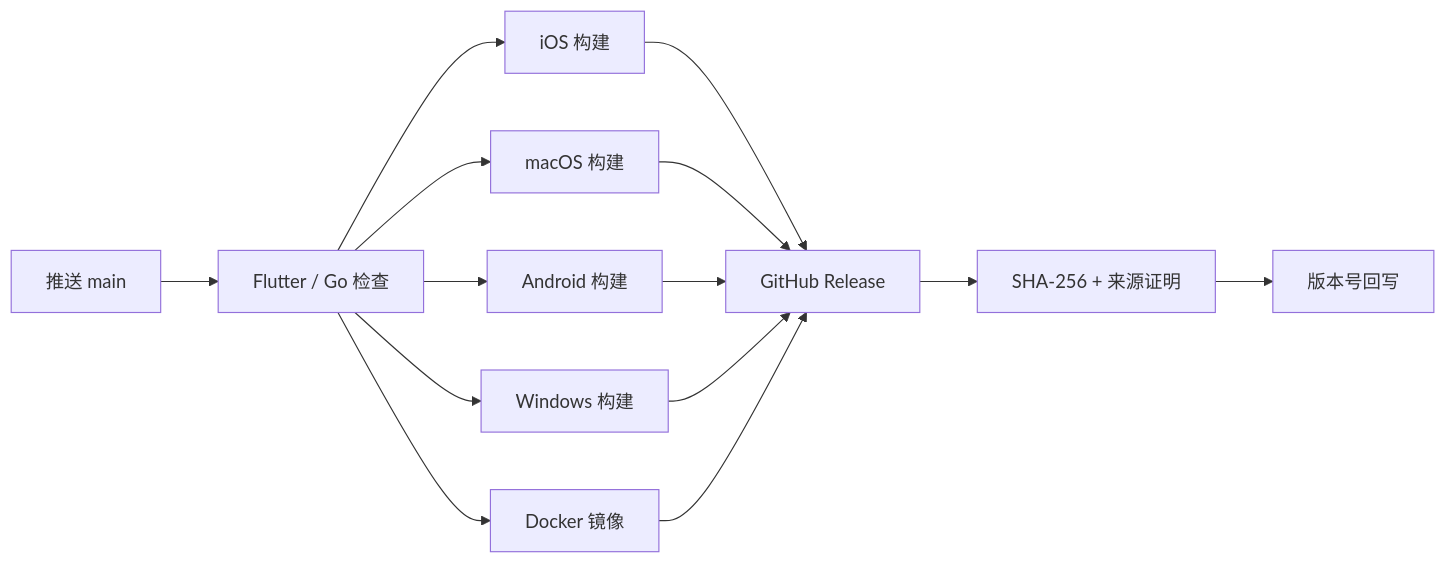
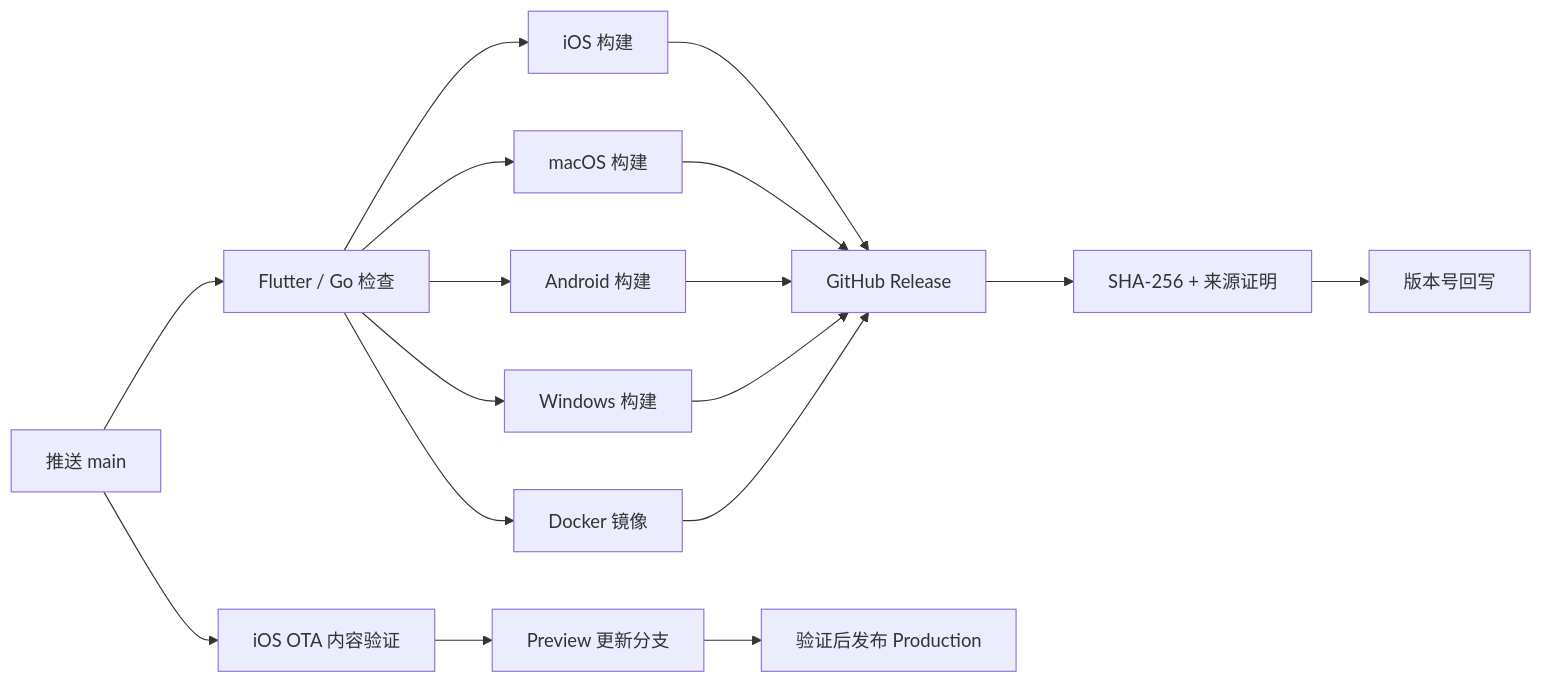
The second of 2 diagrams in docs/ARCHITECTURE.md (FelixZoe/TEMPO), drawn with Mermaid before and after one commit. The commit also changed other lines of this file and 17 other files, not shown here.

````diff
--- a/docs/ARCHITECTURE.md
+++ b/docs/ARCHITECTURE.md
@@ -102,16 +104,19 @@
 ```mermaid
 flowchart LR
   PUSH[推送 main] --> TEST[Flutter / Go 检查]
+  PUSH --> OTA[iOS OTA 内容验证]
   TEST --> IOS[iOS 构建]
   TEST --> MAC[macOS 构建]
   TEST --> AND[Android 构建]
   TEST --> WIN[Windows 构建]
   TEST --> DOCKER[Docker 镜像]
   IOS --> RELEASE[GitHub Release]
   MAC --> RELEASE
   AND --> RELEASE
   WIN --> RELEASE
   DOCKER --> RELEASE
   RELEASE --> SUM[SHA-256 + 来源证明]
   SUM --> VERSION[版本号回写]
+  OTA --> PREVIEW[Preview 更新分支]
+  PREVIEW --> PRODUCTION[验证后发布 Production]
 ```
````
